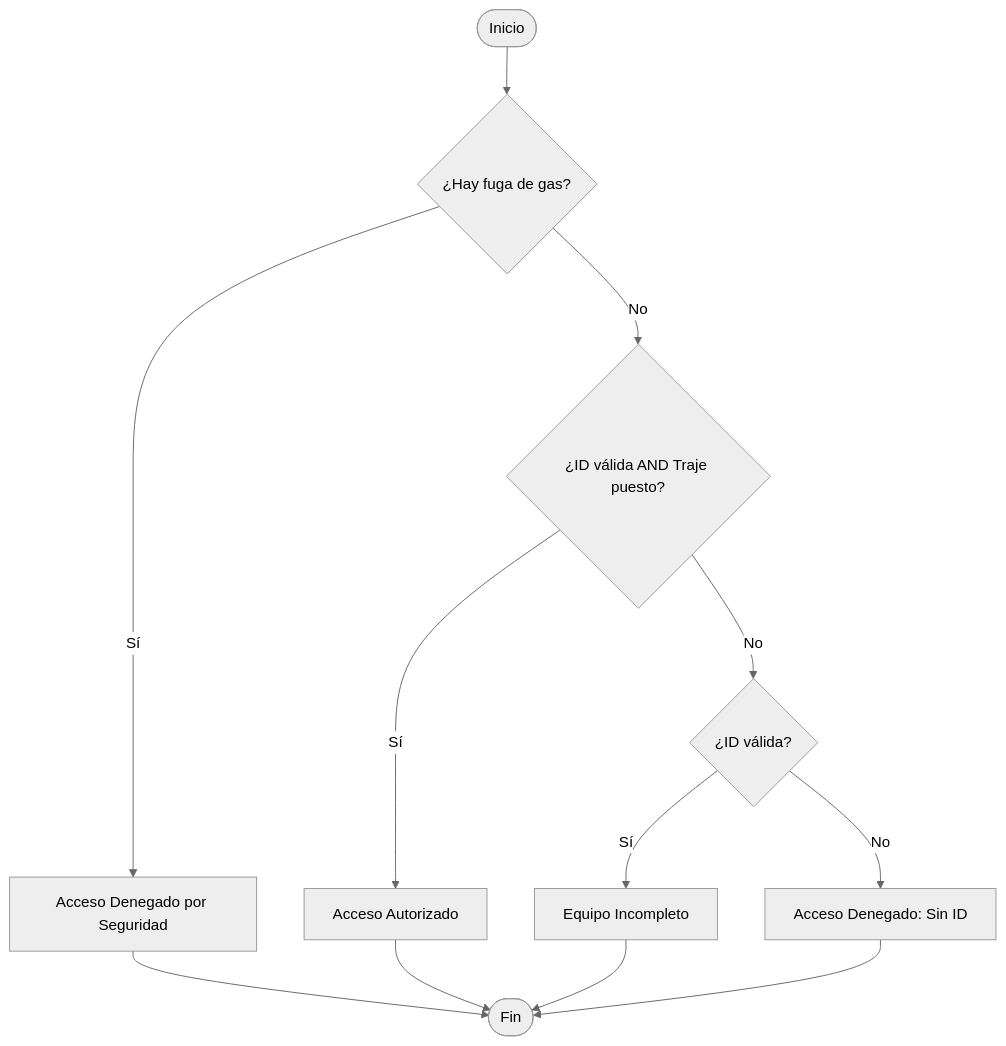
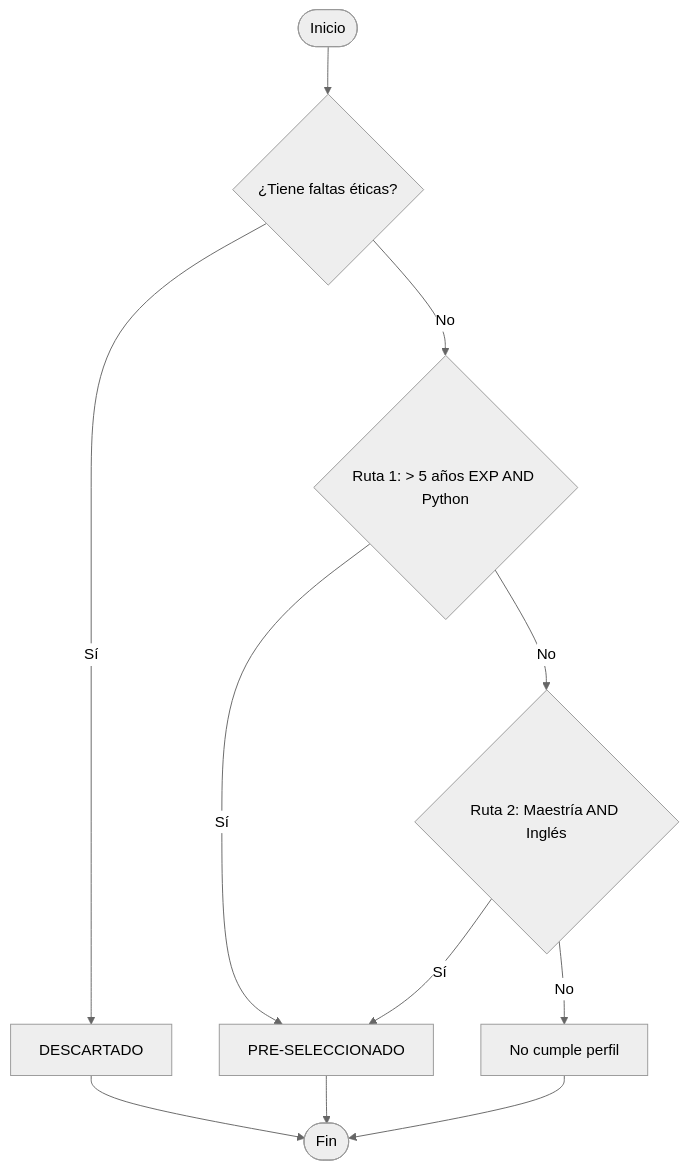
Before and after one commit to keylayudex2007-ops/resultados-retos-logica: the diagram in nivel_0/reto_01_proceso_de_seleccion/diagrama.md, drawn with Mermaid (neutral theme). The commit also changed 8 other files, not shown here.

Commit message:
fundamento_diagrama

````diff
--- a/nivel_0/reto_01_proceso_de_seleccion/diagrama.md
+++ b/nivel_0/reto_01_proceso_de_seleccion/diagrama.md
@@ -1,14 +1,13 @@
 ```mermaid
 graph TD
-    A([Inicio]) --> B{¿Hay fuga de gas?}
-    B -- Sí --> C[Acceso Denegado por Seguridad]
-    B -- No --> D{¿ID válida AND Traje puesto?}
-    D -- Sí --> E[Acceso Autorizado]
-    D -- No --> F{¿ID válida?}
-    F -- Sí --> G[Equipo Incompleto]
-    F -- No --> H[Acceso Denegado: Sin ID]
-    C --> I([Fin])
-    E --> I
-    G --> I
-    H --> I
+    A([Inicio]) --> B{¿Tiene faltas éticas?}
+    B -- Sí --> C[DESCARTADO]
+    B -- No --> D{Ruta 1: > 5 años EXP AND Python}
+    D -- Sí --> E[PRE-SELECCIONADO]
+    D -- No --> F{Ruta 2: Maestría AND Inglés}
+    F -- Sí --> E
+    F -- No --> G[No cumple perfil]
+    C --> H([Fin])
+    E --> H
+    G --> H
 ```
````
